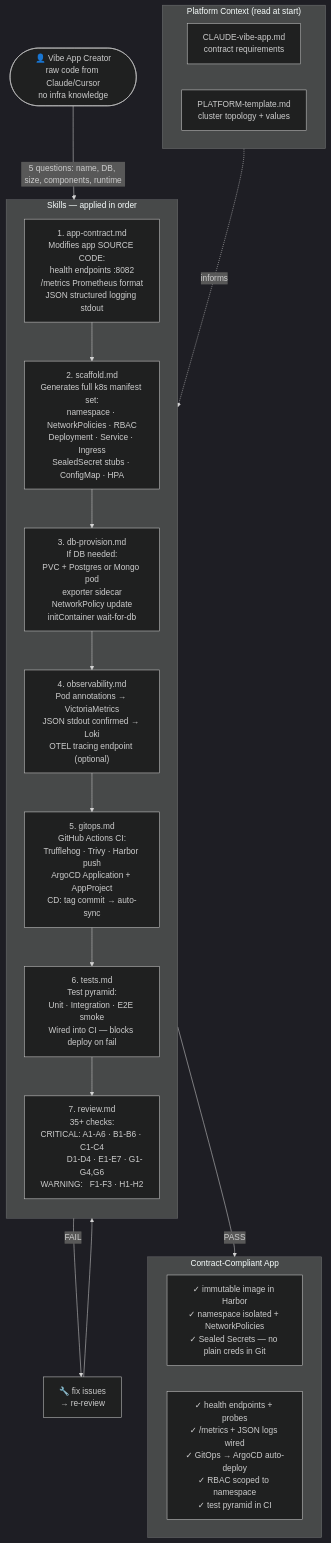
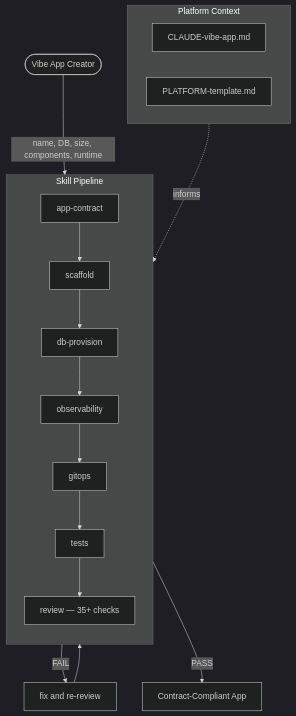
The sixth of 6 diagrams in content/posts/ai-agentic-development-changes-who-builds-software-and-thats-an-infrastructure-problem.md (lorenzogirardi/website), drawn with Mermaid (dark theme) before and after one commit. The commit also changed other lines of this file, not shown here.

````diff
--- a/content/posts/ai-agentic-development-changes-who-builds-software-and-thats-an-infrastructure-problem.md
+++ b/content/posts/ai-agentic-development-changes-who-builds-software-and-thats-an-infrastructure-problem.md
@@ -1157,45 +1010,29 @@
 ```mermaid
 flowchart TD
-    input(["👤 Vibe App Creator<br/>raw code from Claude/Cursor<br/>no infra knowledge"])
+    input(["Vibe App Creator"])
 
-    subgraph context["Platform Context (read at start)"]
-        cv["CLAUDE-vibe-app.md<br/>contract requirements"]
-        pt["PLATFORM-template.md<br/>cluster topology + values"]
+    subgraph context["Platform Context"]
+        cv["CLAUDE-vibe-app.md"]
+        pt["PLATFORM-template.md"]
     end
 
-    input -->|"5 questions: name, DB, size, components, runtime"| s1
+    input -->|"name, DB, size, components, runtime"| s1
 
-    subgraph skills["Skills — applied in order"]
+    subgraph skills["Skill Pipeline"]
         direction TB
-
-        s0["1. app-contract.md<br/>Modifies app SOURCE CODE:<br/>health endpoints :8082<br/>/metrics Prometheus format<br/>JSON structured logging stdout"]
-
-        s1["2. scaffold.md<br/>Generates full k8s manifest set:<br/>namespace · NetworkPolicies · RBAC<br/>Deployment · Service · Ingress<br/>SealedSecret stubs · ConfigMap · HPA"]
-
-        s2["3. db-provision.md<br/>If DB needed:<br/>PVC + Postgres or Mongo pod<br/>exporter sidecar<br/>NetworkPolicy update<br/>initContainer wait-for-db"]
-
-        s3["4. observability.md<br/>Pod annotations → VictoriaMetrics<br/>JSON stdout confirmed → Loki<br/>OTEL tracing endpoint (optional)"]
-
-        s4["5. gitops.md<br/>GitHub Actions CI:<br/>Trufflehog · Trivy · Harbor push<br/>ArgoCD Application + AppProject<br/>CD: tag commit → auto-sync"]
-
-        s_tests["6. tests.md<br/>Test pyramid:<br/>Unit · Integration · E2E smoke<br/>Wired into CI — blocks deploy on fail"]
-
-        s5["7. review.md<br/>35+ checks:<br/>CRITICAL: A1-A6 · B1-B6 · C1-C4<br/>           D1-D4 · E1-E7 · G1-G4,G6<br/>WARNING:   F1-F3 · H1-H2"]
-
+        s0["app-contract"]
+        s1["scaffold"]
+        s2["db-provision"]
+        s3["observability"]
+        s4["gitops"]
+        s_tests["tests"]
+        s5["review — 35+ checks"]
         s0 --> s1 --> s2 --> s3 --> s4 --> s_tests --> s5
     end
 
-    s5 -->|FAIL| fix["🔧 fix issues<br/>→ re-review"]
+    s5 -->|FAIL| fix["fix and re-review"]
     fix --> s5
-
-    s5 -->|PASS| output
-
-    subgraph output["Contract-Compliant App"]
-        direction LR
-        o1["✓ immutable image in Harbor<br/>✓ namespace isolated + NetworkPolicies<br/>✓ Sealed Secrets — no plain creds in Git"]
-        o2["✓ health endpoints + probes<br/>✓ /metrics + JSON logs wired<br/>✓ GitOps → ArgoCD auto-deploy<br/>✓ RBAC scoped to namespace<br/>✓ test pyramid in CI"]
-    end
+    s5 -->|PASS| output["Contract-Compliant App"]
 
     context -.->|informs| skills
-
 ```
````
